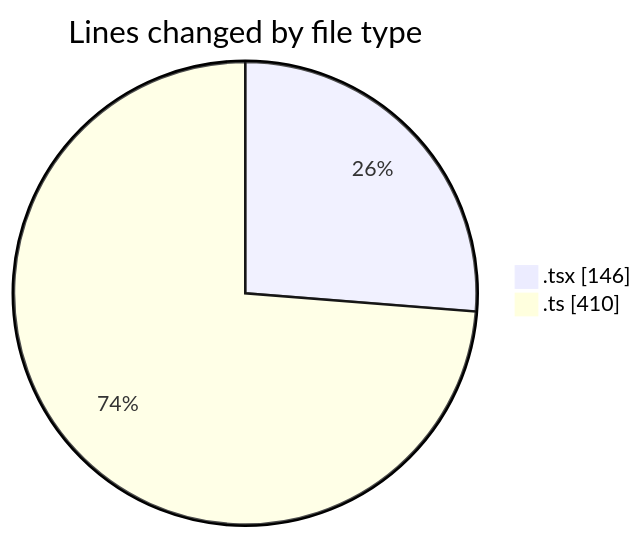
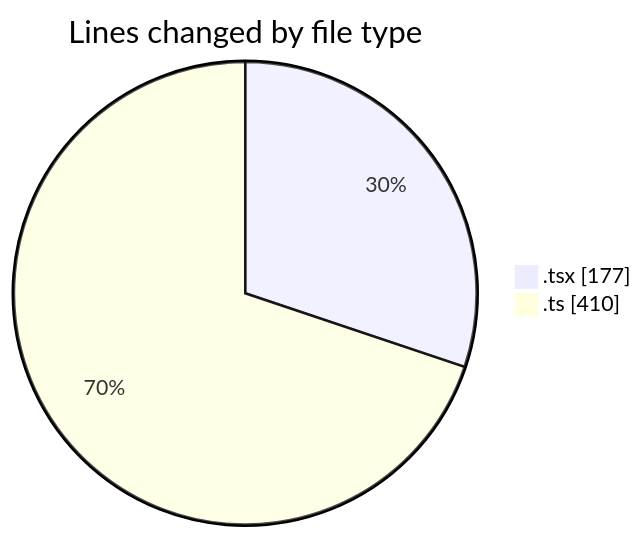
Before and after one commit to momahboobian/code-tracking: the first of 2 diagrams in 2026-03-26/cda/README.md, drawn with Mermaid. The commit also changed other lines of this file and 1 other file, not shown here.

````diff
--- a/2026-03-26/cda/README.md
+++ b/2026-03-26/cda/README.md
@@ -22,6 +22,6 @@
 ```mermaid
 pie showData
 title Lines changed by file type
-".tsx" : 146
+".tsx" : 177
 ".ts" : 410
 ```
````
